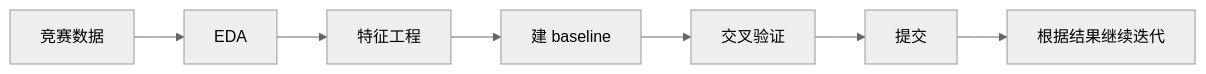
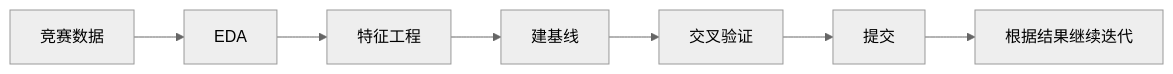
Before and after one commit to oudbiao/AI-fullstack-course: the first of 2 diagrams in i18n/zh-Hans/docusaurus-plugin-content-docs/current/ch05-machine-learning/ch06-projects/04-kaggle.md, drawn with Mermaid (neutral theme). The commit also changed other lines of this file and 24 other files, not shown here.

````diff
--- a/i18n/zh-Hans/docusaurus-plugin-content-docs/current/ch05-machine-learning/ch06-projects/04-kaggle.md
+++ b/i18n/zh-Hans/docusaurus-plugin-content-docs/current/ch05-machine-learning/ch06-projects/04-kaggle.md
@@ -38,9 +38,9 @@
 ```mermaid
 flowchart LR
     A["竞赛数据"] --> B["EDA"]
     B --> C["特征工程"]
-    C --> D["建 baseline"]
+    C --> D["建基线"]
     D --> E["交叉验证"]
     E --> F["提交"]
     F --> G["根据结果继续迭代"]
 ```
````
